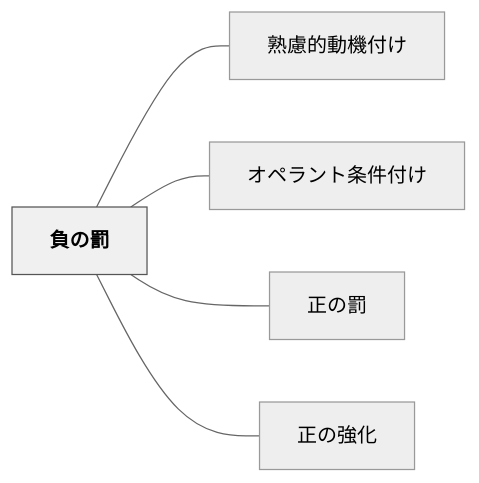
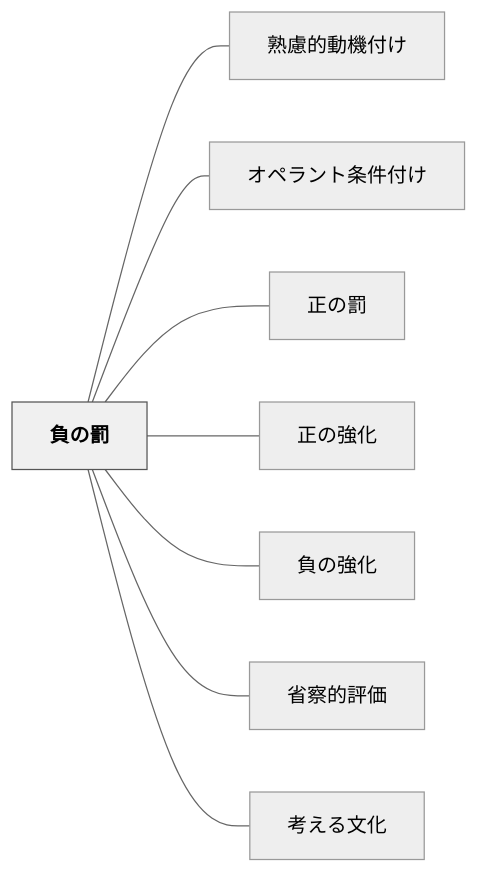
One commit to unknownthings-ed-patterns/unknownthings-ed-patterns changed the diagram in content/パタン/負の罰.md. Above: the diagram before and after it, drawn with Mermaid (neutral theme). The commit also changed 20 other files, not shown here.

````diff
--- a/content/パタン/負の罰.md
+++ b/content/パタン/負の罰.md
@@ -40,16 +37,22 @@
 ```mermaid
 flowchart LR
     ne8b2a0e381aee7bdb0["負の罰"]
     ne7869fe685aee79a84e58b95e6a99fe4bb98e38191["熟慮的動機付け"]
     ne382aae3839ae383a9e383b3e38388e69da1e4bbb6e4bb98e38191["オペラント条件付け"]
     ne6ada3e381aee7bdb0["正の罰"]
     ne6ada3e381aee5bcb7e58c96["正の強化"]
+    ne8b2a0e381aee5bcb7e58c96["負の強化"]
+    ne79c81e5af9fe79a84e8a995e4bea1["省察的評価"]
+    ne88083e38188e3828be69687e58c96["考える文化"]
 
     ne8b2a0e381aee7bdb0 --- ne7869fe685aee79a84e58b95e6a99fe4bb98e38191
     ne8b2a0e381aee7bdb0 --- ne382aae3839ae383a9e383b3e38388e69da1e4bbb6e4bb98e38191
     ne8b2a0e381aee7bdb0 --- ne6ada3e381aee7bdb0
     ne8b2a0e381aee7bdb0 --- ne6ada3e381aee5bcb7e58c96
+    ne8b2a0e381aee7bdb0 --- ne8b2a0e381aee5bcb7e58c96
+    ne8b2a0e381aee7bdb0 --- ne79c81e5af9fe79a84e8a995e4bea1
+    ne8b2a0e381aee7bdb0 --- ne88083e38188e3828be69687e58c96
 
     classDef hub fill:#f0f0f0,stroke:#555,color:#000,font-weight:bold
     class ne8b2a0e381aee7bdb0 hub
 ```
````
